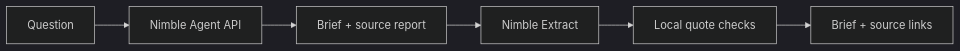
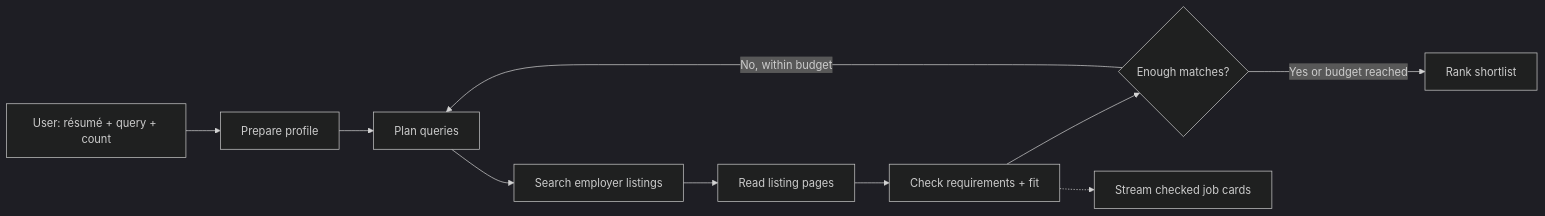
One commit to ojusave/nimble-proof-agent changed the diagram in README.md. Above: the diagram before and after it, drawn with Mermaid (dark theme). The commit also changed other lines of this file and 45 other files, not shown here.

Commit message:
Build modular resume job matcher with LangGraph and live Nimble tools

````diff
--- a/README.md
+++ b/README.md
@@ -35,8 +32,12 @@
 ```mermaid
 flowchart LR
-    Q[Question] --> A[Nimble Agent API]
-    A --> R[Brief + source report]
-    R --> E[Nimble Extract]
-    E --> V[Local quote checks]
-    V --> B[Brief + source links]
+    U[User: résumé + query + count] --> P[Prepare profile]
+    P --> Q[Plan queries]
+    Q --> S[Search employer listings]
+    S --> E[Read listing pages]
+    E --> M[Check requirements + fit]
+    M --> D{Enough matches?}
+    D -->|No, within budget| Q
+    D -->|Yes or budget reached| R[Rank shortlist]
+    M -.-> C[Stream checked job cards]
 ```
````
